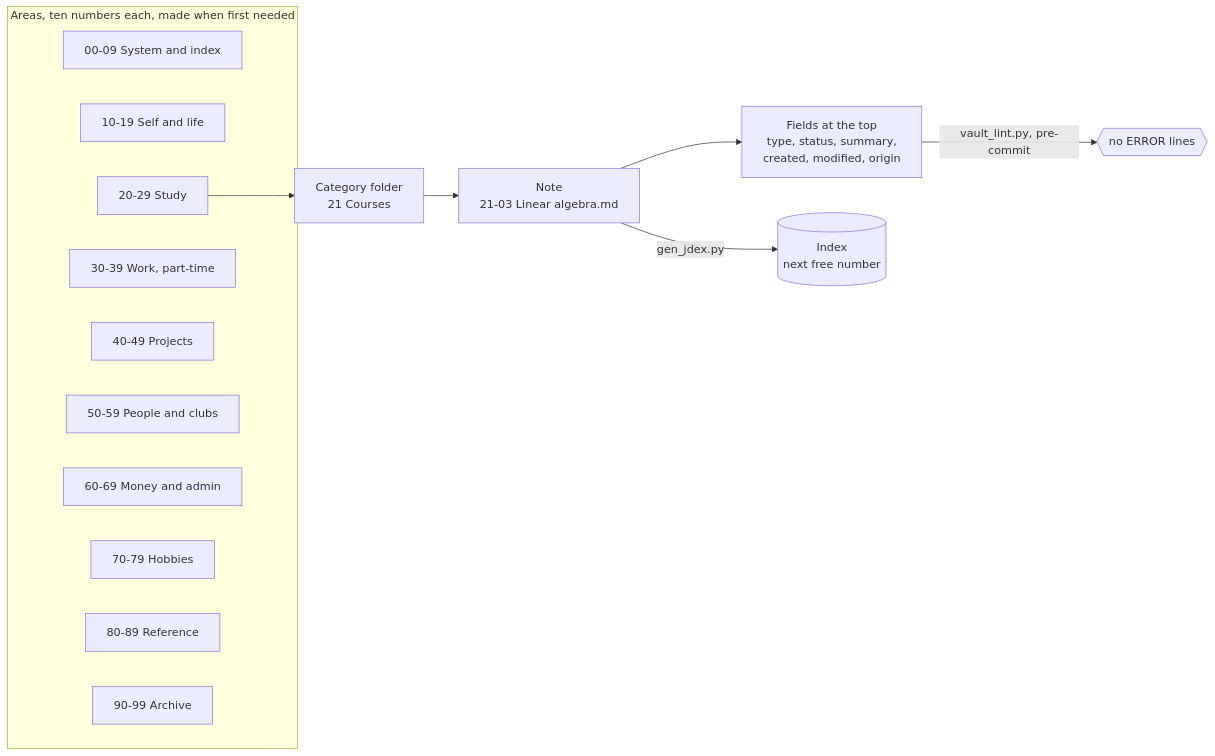
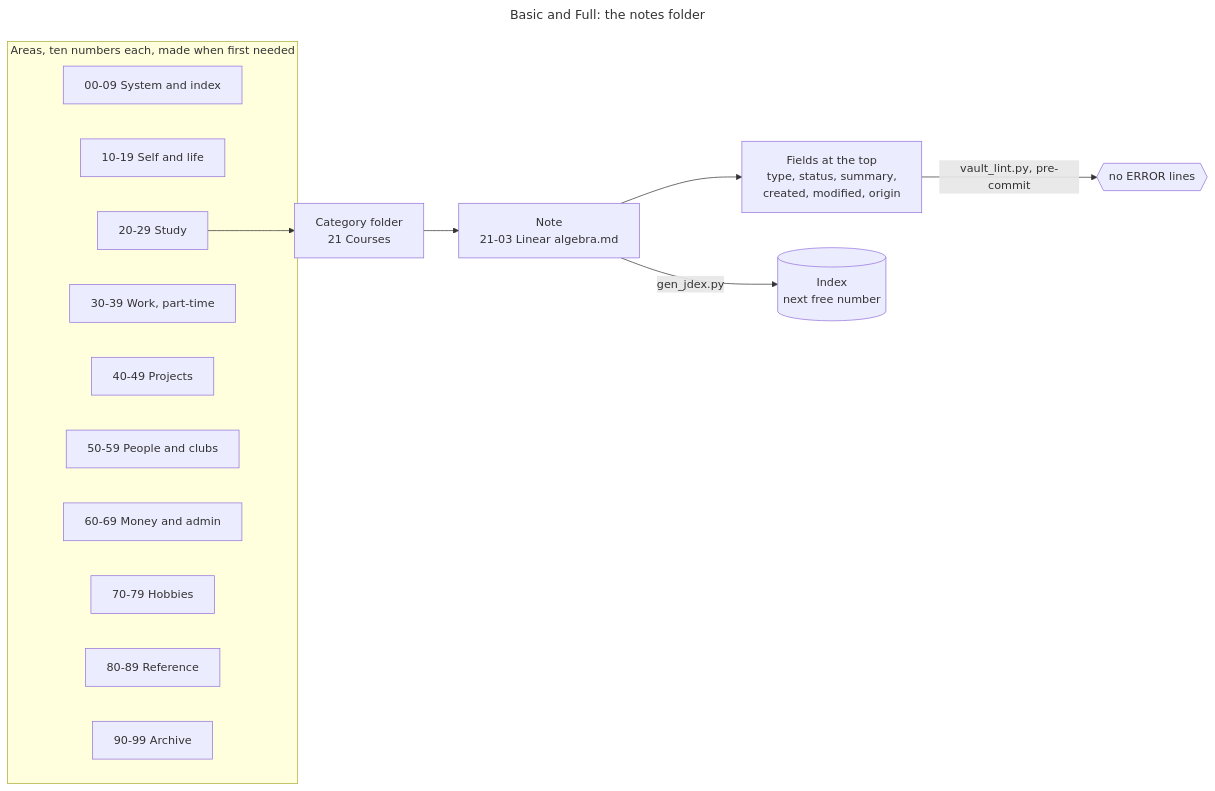
The fifth of 6 diagrams in docs/ADVANCED.md (0Smallcat0/second-brain-kit), drawn with Mermaid before and after one commit. The commit also changed other lines of this file and 48 other files, not shown here.

````diff
--- a/docs/ADVANCED.md
+++ b/docs/ADVANCED.md
@@ -147,20 +205,23 @@
 ```mermaid
+---
+title: "Basic and Full: the notes folder"
+---
 flowchart LR
   subgraph Areas["Areas, ten numbers each, made when first needed"]
     A0["00-09 System and index"]
     A1["10-19 Self and life"]
     A2["20-29 Study"]
     A3["30-39 Work, part-time"]
     A4["40-49 Projects"]
     A5["50-59 People and clubs"]
     A6["60-69 Money and admin"]
     A7["70-79 Hobbies"]
     A8["80-89 Reference"]
     A9["90-99 Archive"]
   end
   A2 --> C["Category folder<br/>21 Courses"]
   C --> N["Note<br/>21-03 Linear algebra.md"]
   N --> F["Fields at the top<br/>type, status, summary,<br/>created, modified, origin"]
   N -->|gen_jdex.py| J[("Index<br/>next free number")]
   F -->|vault_lint.py, pre-commit| L{{"no ERROR lines"}}
 ```
````
